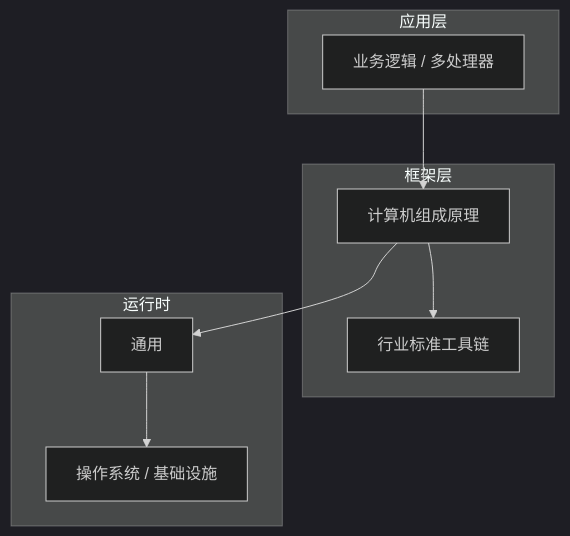
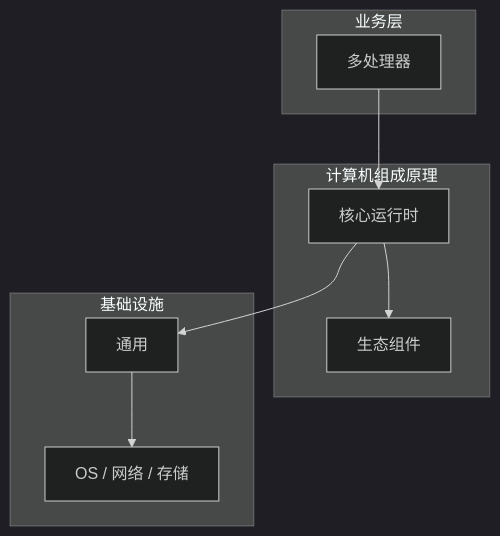
Before and after one commit to yanggan2015/knowledge-json-v2: the diagram in articles/计算机组成原理/chapters/081-多处理器核心概念与原理.md, drawn with Mermaid (dark theme). The commit also changed other lines of this file and 10127 other files, not shown here.

````diff
--- a/articles/计算机组成原理/chapters/081-多处理器核心概念与原理.md
+++ b/articles/计算机组成原理/chapters/081-多处理器核心概念与原理.md
@@ -45,18 +34,18 @@
 ```mermaid
 graph TB
-    subgraph 应用层
-        A[业务逻辑 / 多处理器]
+    subgraph 业务层
+        A[多处理器]
     end
-    subgraph 框架层
-        B[计算机组成原理]
-        C[行业标准工具链]
+    subgraph 计算机组成原理
+        B[核心运行时]
+        C[生态组件]
     end
-    subgraph 运行时
+    subgraph 基础设施
         D[通用]
-        E[操作系统 / 基础设施]
+        E[OS / 网络 / 存储]
     end
     A --> B
     B --> C
     B --> D
     D --> E
 ```
````
